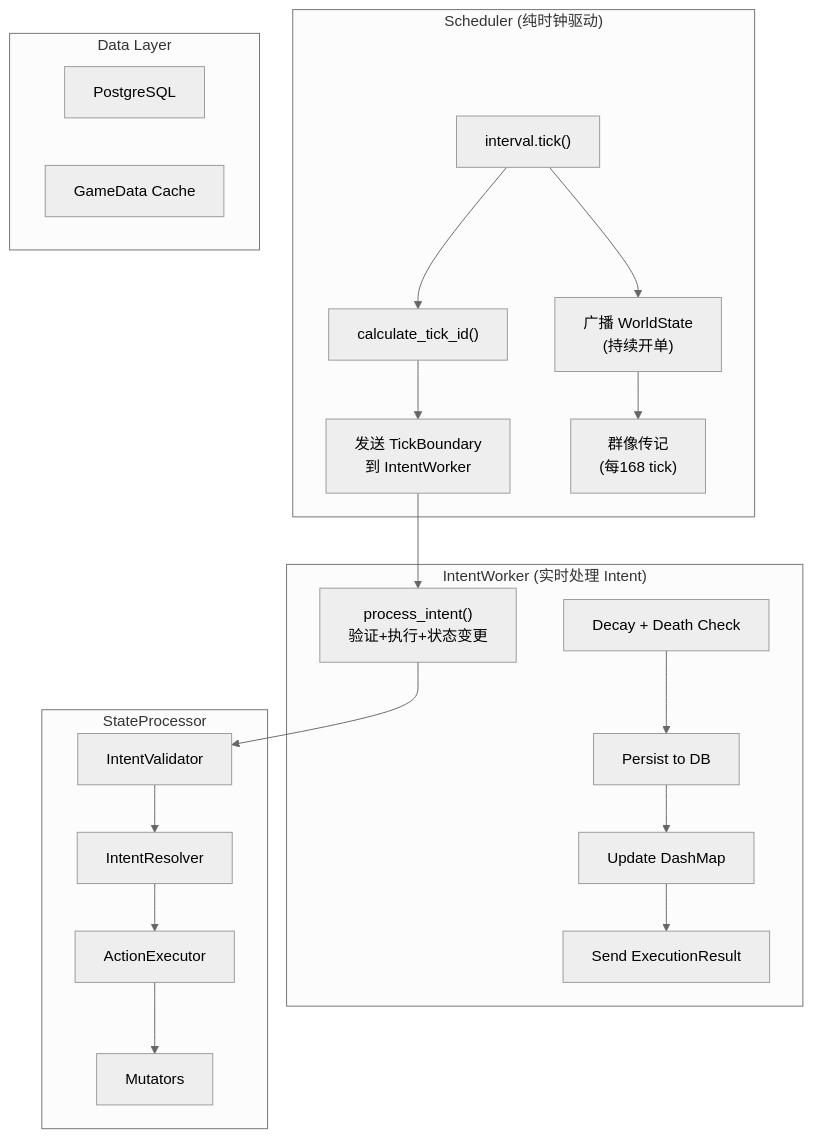
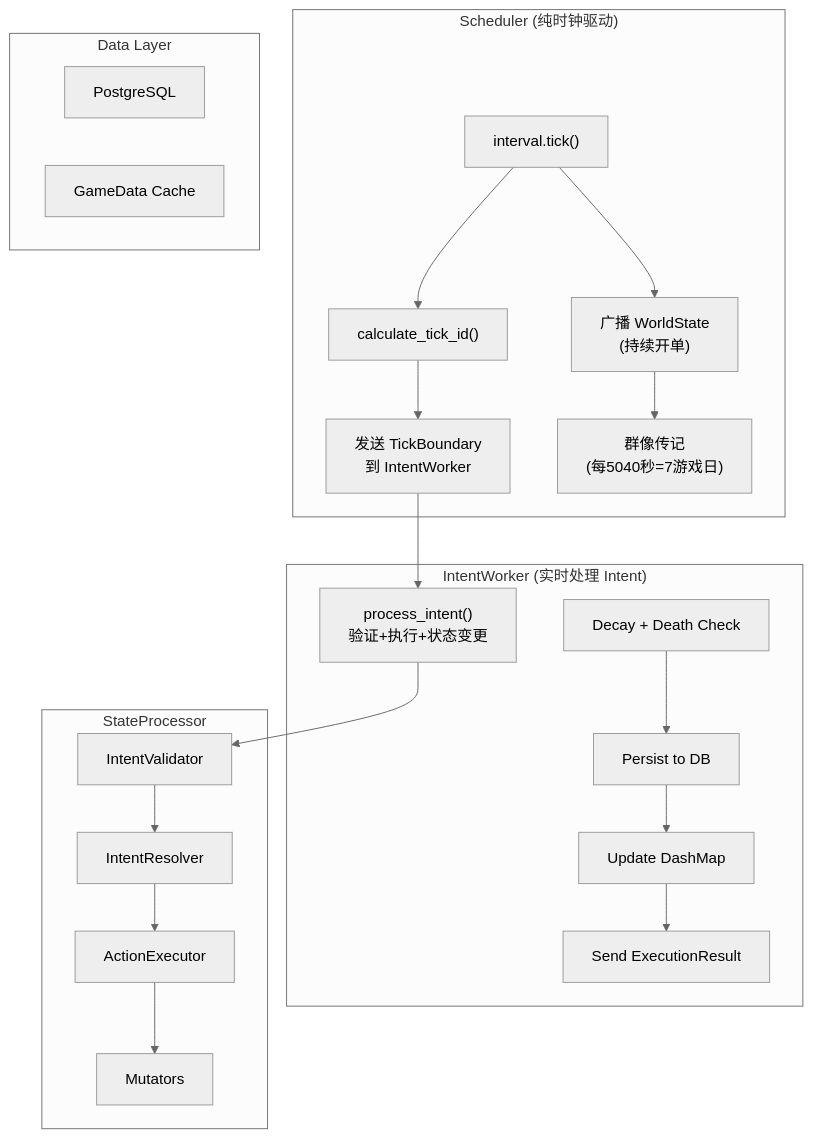
One commit to 8kugames/Cyber-Jianghu changed the second of 14 diagrams in docs/features/flow.md. Above: the diagram before and after it, drawn with Mermaid (neutral theme). The commit also changed other lines of this file and 6 other files, not shown here.

````diff
--- a/docs/features/flow.md
+++ b/docs/features/flow.md
@@ -40,44 +40,44 @@
 ```mermaid
 graph TB
     subgraph Scheduler["Scheduler (纯时钟驱动)"]
         Tick["interval.tick()"]
         Calc["calculate_tick_id()"]
         Boundary["发送 TickBoundary<br/>到 IntentWorker"]
         Broadcast["广播 WorldState<br/>(持续开单)"]
-        Chronicle["群像传记<br/>(每168 tick)"]
+        Chronicle["群像传记<br/>(每5040秒=7游戏日)"]
     end
 
     subgraph IntentWorker["IntentWorker (实时处理 Intent)"]
         Process["process_intent()<br/>验证+执行+状态变更"]
         Decay["Decay + Death Check"]
         Persist["Persist to DB"]
         UpdateCache["Update DashMap"]
         SendResult["Send ExecutionResult"]
     end
 
     subgraph StateProc["StateProcessor"]
         Validate["IntentValidator"]
         Resolve["IntentResolver"]
         Execute["ActionExecutor"]
         Mutate["Mutators"]
     end
 
     subgraph DataLayer["Data Layer"]
         PG["PostgreSQL"]
         GameData["GameData Cache"]
     end
 
     Tick --> Calc
     Calc --> Boundary
     Boundary --> Process
     Process --> Validate
     Validate --> Resolve
     Resolve --> Execute
     Execute --> Mutate
     Tick --> Broadcast
     Broadcast --> Chronicle
 
     Decay --> Persist
     Persist --> UpdateCache
     UpdateCache --> SendResult
 ```
````
